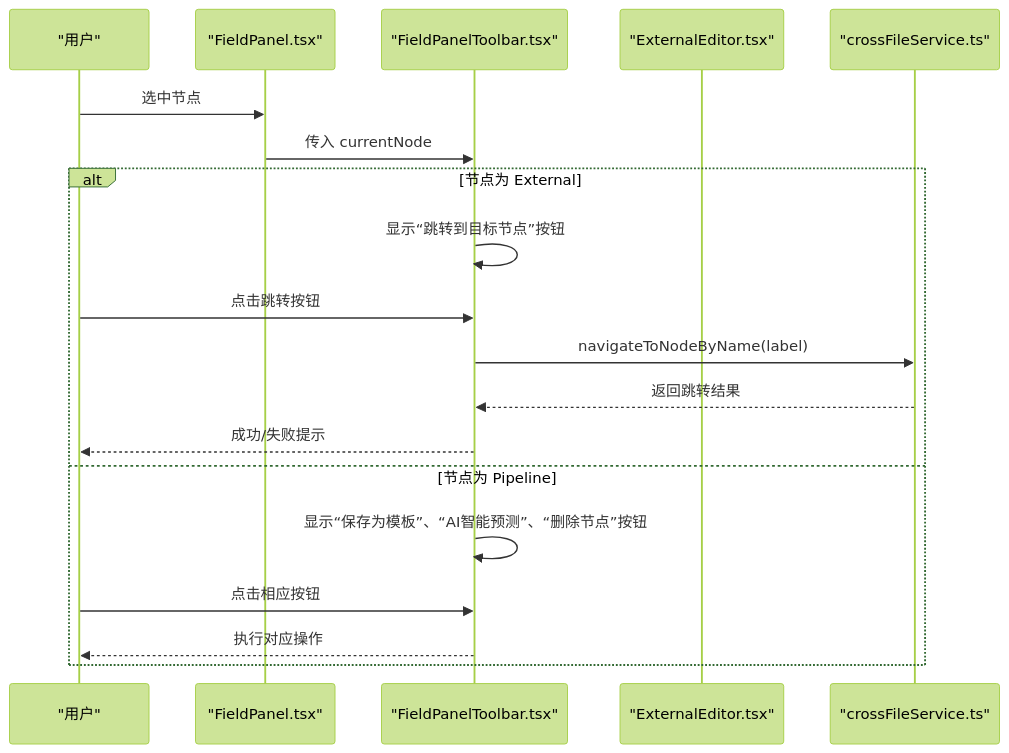
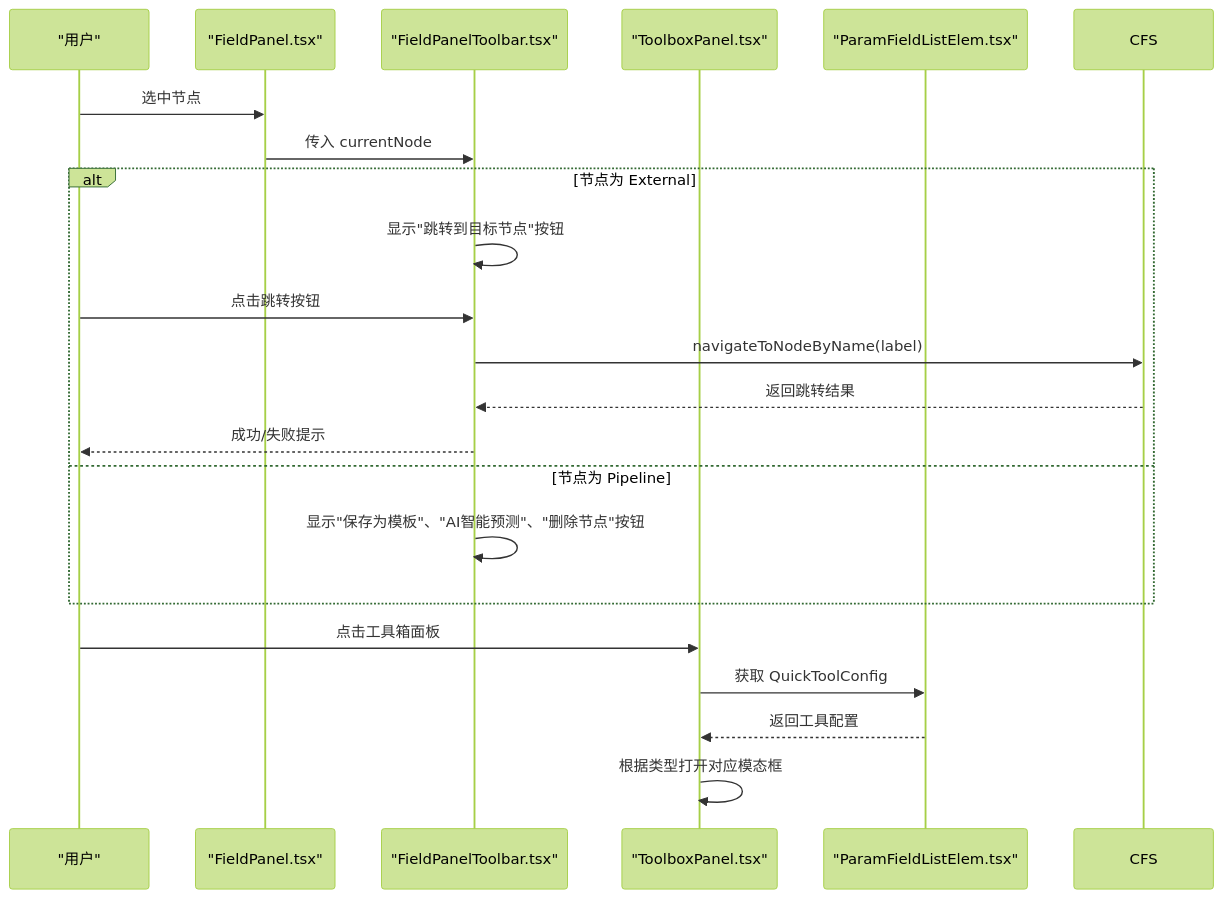
Before and after one commit to kqcoxn/MaaPipelineEditor: the second of 6 diagrams in .qoder/repowiki/zh/content/核心概念/字段面板工具栏.md, drawn with Mermaid (forest theme). The commit also changed other lines of this file and 23 other files, not shown here.

````diff
--- a/.qoder/repowiki/zh/content/核心概念/字段面板工具栏.md
+++ b/.qoder/repowiki/zh/content/核心概念/字段面板工具栏.md
@@ -88,21 +135,23 @@
 ```mermaid
 sequenceDiagram
 participant U as "用户"
 participant FP as "FieldPanel.tsx"
 participant FPT as "FieldPanelToolbar.tsx"
-participant END as "ExternalEditor.tsx"
-participant CFS as "crossFileService.ts"
+participant TP as "ToolboxPanel.tsx"
+participant PFE as "ParamFieldListElem.tsx"
 U->>FP : 选中节点
 FP->>FPT : 传入 currentNode
 alt 节点为 External
-FPT->>FPT : 显示“跳转到目标节点”按钮
+FPT->>FPT : 显示"跳转到目标节点"按钮
 U->>FPT : 点击跳转按钮
 FPT->>CFS : navigateToNodeByName(label)
 CFS-->>FPT : 返回跳转结果
 FPT-->>U : 成功/失败提示
 else 节点为 Pipeline
-FPT->>FPT : 显示“保存为模板”、“AI智能预测”、“删除节点”按钮
-U->>FPT : 点击相应按钮
-FPT-->>U : 执行对应操作
+FPT->>FPT : 显示"保存为模板"、"AI智能预测"、"删除节点"按钮
 end
+U->>TP : 点击工具箱面板
+TP->>PFE : 获取 QuickToolConfig
+PFE-->>TP : 返回工具配置
+TP->>TP : 根据类型打开对应模态框
 ```
````
